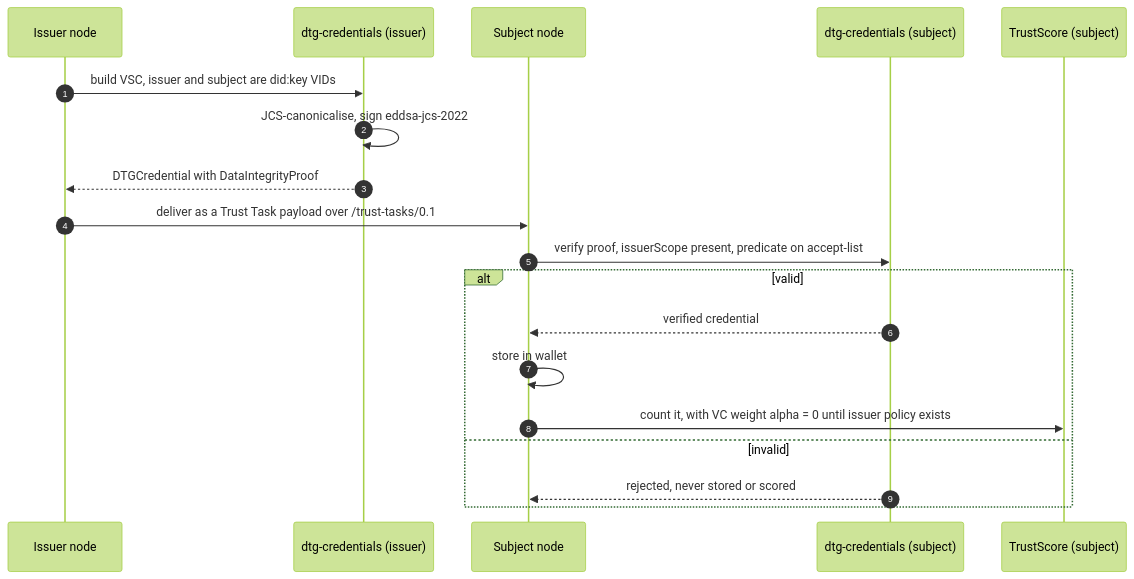
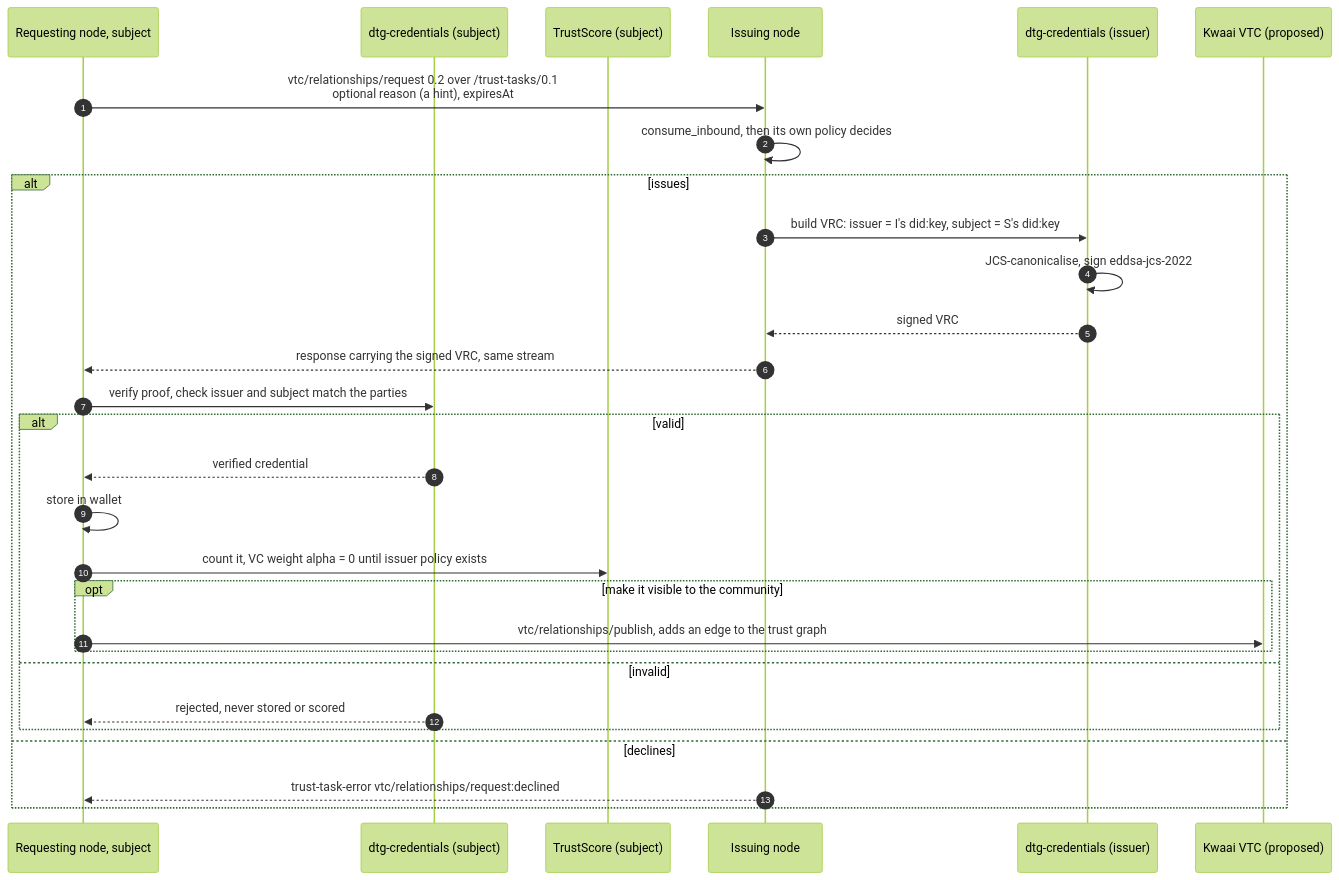
One commit to Kwaai-AI-Lab/KwaaiNet changed the fifth of 6 diagrams in projects/kwaai-trust/design/DTGWG-TrustStack-diagrams.md. Above: the diagram before and after it, drawn with Mermaid (forest theme). The commit also changed other lines of this file and 5 other files, not shown here.

First line of the commit message:
docs(trust): diagrams for KwaaiNet as a VTC and peer endorsement

````diff
--- a/projects/kwaai-trust/design/DTGWG-TrustStack-diagrams.md
+++ b/projects/kwaai-trust/design/DTGWG-TrustStack-diagrams.md
@@ -256,22 +276,32 @@
 ```mermaid
 sequenceDiagram
     autonumber
-    participant I as Issuer node
-    participant DI as dtg-credentials (issuer)
-    participant S as Subject node
+    participant S as Requesting node, subject
     participant DV as dtg-credentials (subject)
     participant TS as TrustScore (subject)
+    participant I as Issuing node
+    participant DI as dtg-credentials (issuer)
+    participant C as Kwaai VTC (proposed)
 
-    I->>DI: build VSC, issuer and subject are did:key VIDs
-    DI->>DI: JCS-canonicalise, sign eddsa-jcs-2022
-    DI-->>I: DTGCredential with DataIntegrityProof
-    I->>S: deliver as a Trust Task payload over /trust-tasks/0.1
-    S->>DV: verify proof, issuerScope present, predicate on accept-list
-    alt valid
-        DV-->>S: verified credential
-        S->>S: store in wallet
-        S->>TS: count it, with VC weight alpha = 0 until issuer policy exists
-    else invalid
-        DV-->>S: rejected, never stored or scored
+    S->>I: vtc/relationships/request 0.2 over /trust-tasks/0.1<br/>optional reason (a hint), expiresAt
+    I->>I: consume_inbound, then its own policy decides
+    alt issues
+        I->>DI: build VRC: issuer = I's did:key, subject = S's did:key
+        DI->>DI: JCS-canonicalise, sign eddsa-jcs-2022
+        DI-->>I: signed VRC
+        I-->>S: response carrying the signed VRC, same stream
+        S->>DV: verify proof, check issuer and subject match the parties
+        alt valid
+            DV-->>S: verified credential
+            S->>S: store in wallet
+            S->>TS: count it, VC weight alpha = 0 until issuer policy exists
+            opt make it visible to the community
+                S->>C: vtc/relationships/publish, adds an edge to the trust graph
+            end
+        else invalid
+            DV-->>S: rejected, never stored or scored
+        end
+    else declines
+        I-->>S: trust-task-error vtc/relationships/request:declined
     end
 ```
````
